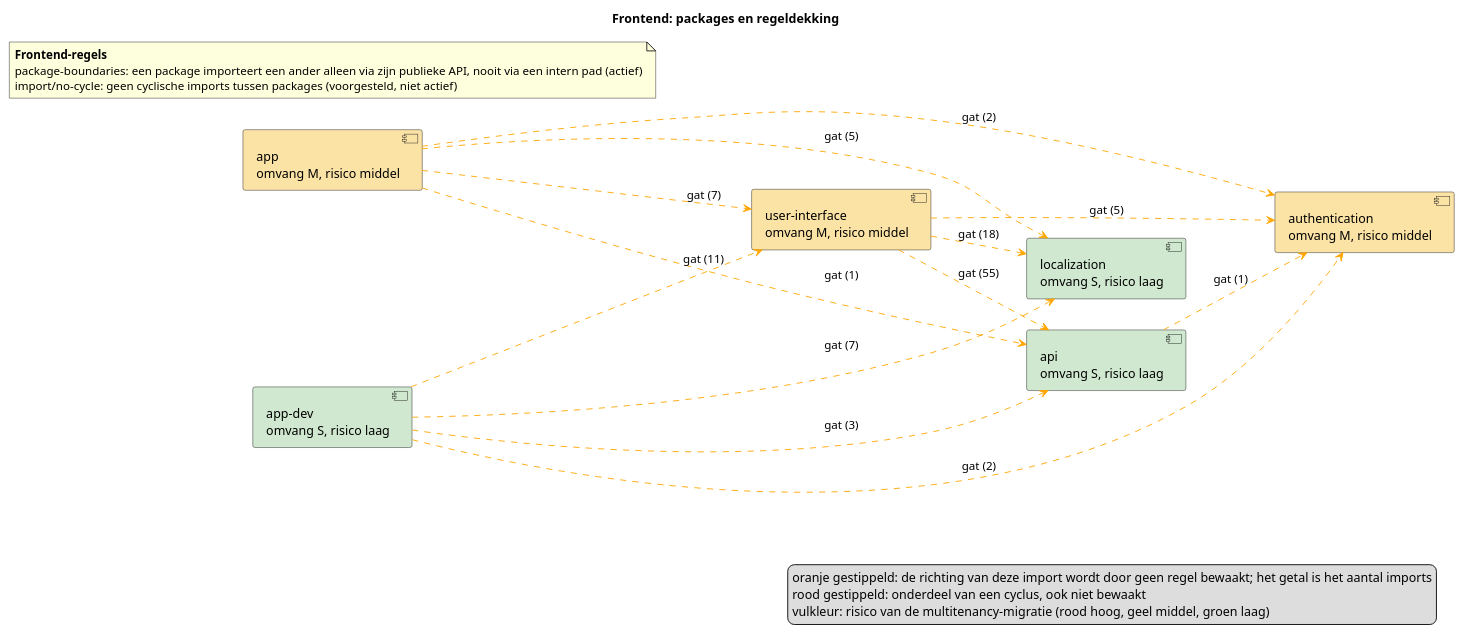
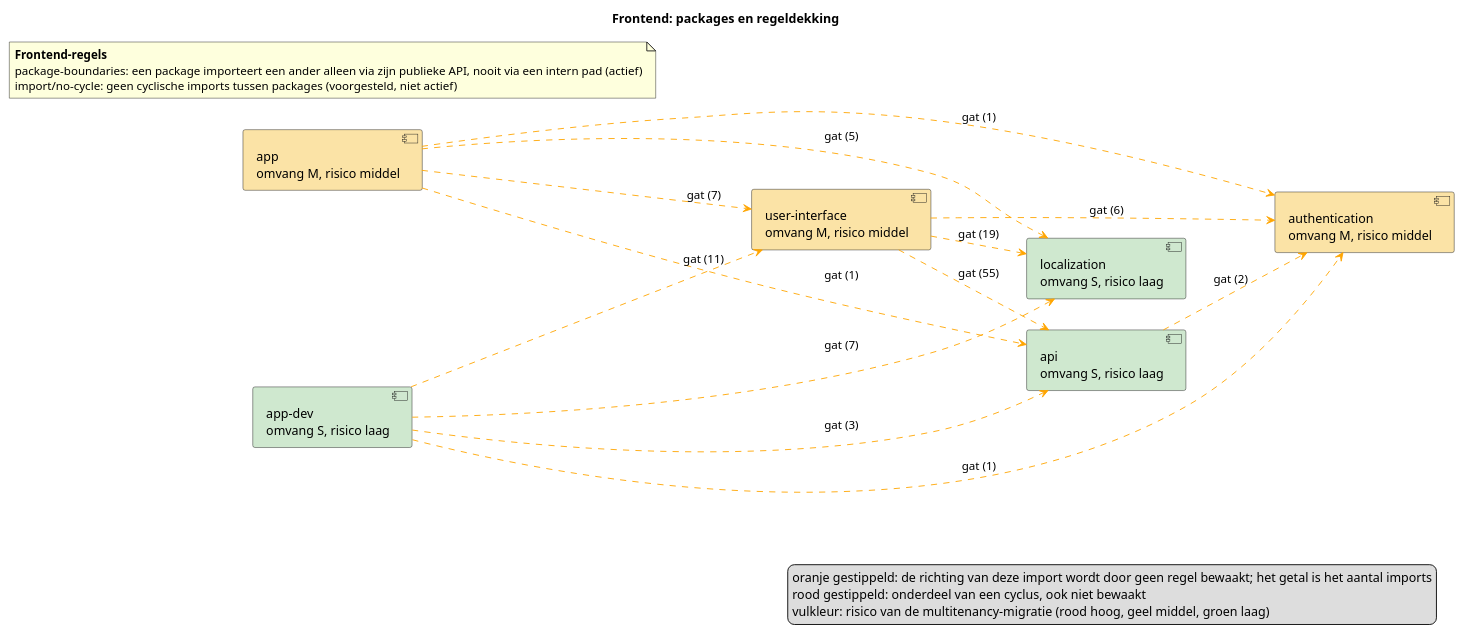
One commit to pinkroccade/nl-portal changed the diagram in site/architectuur/img/plantuml/frontend.puml. Above: the diagram before and after it, drawn with PlantUML. The commit also changed 632 other files, not shown here.

```diff
--- a/site/architectuur/img/plantuml/frontend.puml
+++ b/site/architectuur/img/plantuml/frontend.puml
@@ -1,32 +1,32 @@
 @startuml
 title Frontend: packages en regeldekking
 left to right direction
 [api\nomvang S, risico laag] as api #CFE8CF
 [app\nomvang M, risico middel] as app #FBE3A6
 [app-dev\nomvang S, risico laag] as app_dev #CFE8CF
 [authentication\nomvang M, risico middel] as authentication #FBE3A6
 [localization\nomvang S, risico laag] as localization #CFE8CF
 [user-interface\nomvang M, risico middel] as user_interface #FBE3A6
 note as frontend_rules
   **Frontend-regels**
   package-boundaries: een package importeert een ander alleen via zijn publieke API, nooit via een intern pad (actief)
   import/no-cycle: geen cyclische imports tussen packages (voorgesteld, niet actief)
 end note
-api ..> authentication #orange : gat (1)
+api ..> authentication #orange : gat (2)
 app ..> api #orange : gat (1)
-app ..> authentication #orange : gat (2)
+app ..> authentication #orange : gat (1)
 app ..> localization #orange : gat (5)
 app ..> user_interface #orange : gat (7)
 app_dev ..> api #orange : gat (3)
-app_dev ..> authentication #orange : gat (2)
+app_dev ..> authentication #orange : gat (1)
 app_dev ..> localization #orange : gat (7)
 app_dev ..> user_interface #orange : gat (11)
 user_interface ..> api #orange : gat (55)
-user_interface ..> authentication #orange : gat (5)
-user_interface ..> localization #orange : gat (18)
+user_interface ..> authentication #orange : gat (6)
+user_interface ..> localization #orange : gat (19)
 legend right
   oranje gestippeld: de richting van deze import wordt door geen regel bewaakt; het getal is het aantal imports
   rood gestippeld: onderdeel van een cyclus, ook niet bewaakt
   vulkleur: risico van de multitenancy-migratie (rood hoog, geel middel, groen laag)
 endlegend
 @enduml
```
